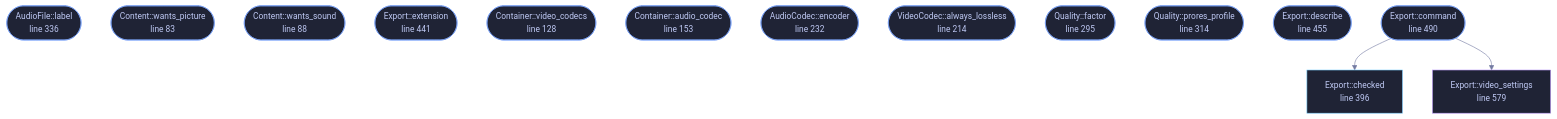
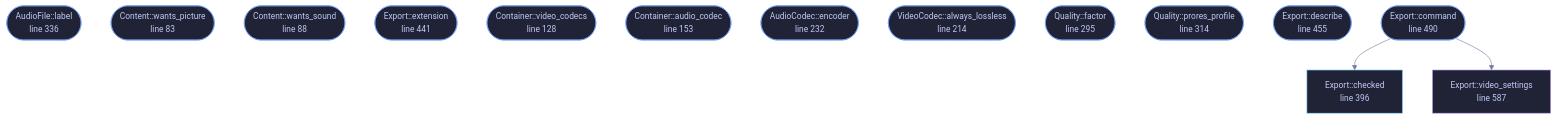
The diagram in docs/files/veilvoice-video/export.md (tilas01/veilvoice), drawn with Mermaid before and after one commit. The commit also changed other lines of this file and 43 other files, not shown here.

First line of the commit message:
Roadmap 175, the Browser half's engine: the export worker and the thumbnails

````diff
--- a/docs/files/veilvoice-video/export.md
+++ b/docs/files/veilvoice-video/export.md
@@ -133,56 +133,56 @@
 ```mermaid
 %%{init: {"theme":"base","themeVariables":{"background":"#1a1b26","primaryColor":"#1f2335","primaryTextColor":"#c0caf5","primaryBorderColor":"#7aa2f7","secondaryColor":"#16161e","tertiaryColor":"#16161e","lineColor":"#737aa2","textColor":"#c0caf5","mainBkg":"#1f2335","nodeBorder":"#7aa2f7","clusterBkg":"#16161e","clusterBorder":"#2f3549","fontFamily":"ui-monospace, SFMono-Regular, Consolas, monospace","fontSize":"14px"}}}%%
 flowchart TD
     n_label(["Content::label<br/>line 74"])
     n_wants_picture(["Content::wants_picture<br/>line 83"])
     n_wants_sound(["Content::wants_sound<br/>line 88"])
     n_label(["Container::label<br/>line 110"])
     n_extension(["Container::extension<br/>line 119"])
     n_video_codecs(["Container::video_codecs<br/>line 128"])
     n_audio_codec(["Container::audio_codec<br/>line 153"])
     n_label(["VideoCodec::label<br/>line 181"])
     n_encoder(["VideoCodec::encoder<br/>line 199"])
     n_always_lossless(["VideoCodec::always_lossless<br/>line 214"])
     n_encoder(["AudioCodec::encoder<br/>line 232"])
     n_label(["AudioCodec::label<br/>line 243"])
     n_label(["Quality::label<br/>line 281"])
     n_factor(["Quality::factor<br/>line 295"])
     n_prores_profile(["Quality::prores_profile<br/>line 314"])
     n_label(["AudioFile::label<br/>line 336"])
     n_extension(["AudioFile::extension<br/>line 344"])
     n_checked["Export::checked<br/>line 396"]
     n_extension(["Export::extension<br/>line 441"])
     n_describe(["Export::describe<br/>line 455"])
     n_command(["Export::command<br/>line 490"])
-    n_video_settings["Export::video_settings<br/>line 579"]
+    n_video_settings["Export::video_settings<br/>line 587"]
     n_command --> n_checked
     n_command --> n_video_settings
     click n_label href "https://github.com/tilas01/veilvoice/blob/main/crates/veilvoice-video/src/export.rs#L74" "open the source"
     click n_wants_picture href "https://github.com/tilas01/veilvoice/blob/main/crates/veilvoice-video/src/export.rs#L83" "open the source"
     click n_wants_sound href "https://github.com/tilas01/veilvoice/blob/main/crates/veilvoice-video/src/export.rs#L88" "open the source"
     click n_label href "https://github.com/tilas01/veilvoice/blob/main/crates/veilvoice-video/src/export.rs#L110" "open the source"
     click n_extension href "https://github.com/tilas01/veilvoice/blob/main/crates/veilvoice-video/src/export.rs#L119" "open the source"
     click n_video_codecs href "https://github.com/tilas01/veilvoice/blob/main/crates/veilvoice-video/src/export.rs#L128" "open the source"
     click n_audio_codec href "https://github.com/tilas01/veilvoice/blob/main/crates/veilvoice-video/src/export.rs#L153" "open the source"
     click n_label href "https://github.com/tilas01/veilvoice/blob/main/crates/veilvoice-video/src/export.rs#L181" "open the source"
     click n_encoder href "https://github.com/tilas01/veilvoice/blob/main/crates/veilvoice-video/src/export.rs#L199" "open the source"
     click n_always_lossless href "https://github.com/tilas01/veilvoice/blob/main/crates/veilvoice-video/src/export.rs#L214" "open the source"
     click n_encoder href "https://github.com/tilas01/veilvoice/blob/main/crates/veilvoice-video/src/export.rs#L232" "open the source"
     click n_label href "https://github.com/tilas01/veilvoice/blob/main/crates/veilvoice-video/src/export.rs#L243" "open the source"
     click n_label href "https://github.com/tilas01/veilvoice/blob/main/crates/veilvoice-video/src/export.rs#L281" "open the source"
     click n_factor href "https://github.com/tilas01/veilvoice/blob/main/crates/veilvoice-video/src/export.rs#L295" "open the source"
     click n_prores_profile href "https://github.com/tilas01/veilvoice/blob/main/crates/veilvoice-video/src/export.rs#L314" "open the source"
     click n_label href "https://github.com/tilas01/veilvoice/blob/main/crates/veilvoice-video/src/export.rs#L336" "open the source"
     click n_extension href "https://github.com/tilas01/veilvoice/blob/main/crates/veilvoice-video/src/export.rs#L344" "open the source"
     click n_checked href "https://github.com/tilas01/veilvoice/blob/main/crates/veilvoice-video/src/export.rs#L396" "open the source"
     click n_extension href "https://github.com/tilas01/veilvoice/blob/main/crates/veilvoice-video/src/export.rs#L441" "open the source"
     click n_describe href "https://github.com/tilas01/veilvoice/blob/main/crates/veilvoice-video/src/export.rs#L455" "open the source"
     click n_command href "https://github.com/tilas01/veilvoice/blob/main/crates/veilvoice-video/src/export.rs#L490" "open the source"
-    click n_video_settings href "https://github.com/tilas01/veilvoice/blob/main/crates/veilvoice-video/src/export.rs#L579" "open the source"
+    click n_video_settings href "https://github.com/tilas01/veilvoice/blob/main/crates/veilvoice-video/src/export.rs#L587" "open the source"
     classDef entry fill:#1f2335,stroke:#7aa2f7,color:#c0caf5
     class n_label,n_wants_picture,n_wants_sound,n_label,n_extension,n_video_codecs,n_audio_codec,n_label,n_encoder,n_always_lossless,n_encoder,n_label,n_label,n_factor,n_prores_profile,n_label,n_extension,n_extension,n_describe,n_command entry
     classDef api fill:#1f2335,stroke:#7dcfff,color:#c0caf5
     class n_checked api
     classDef helper fill:#1f2335,stroke:#bb9af7,color:#c0caf5
     class n_video_settings helper
 ```
````
